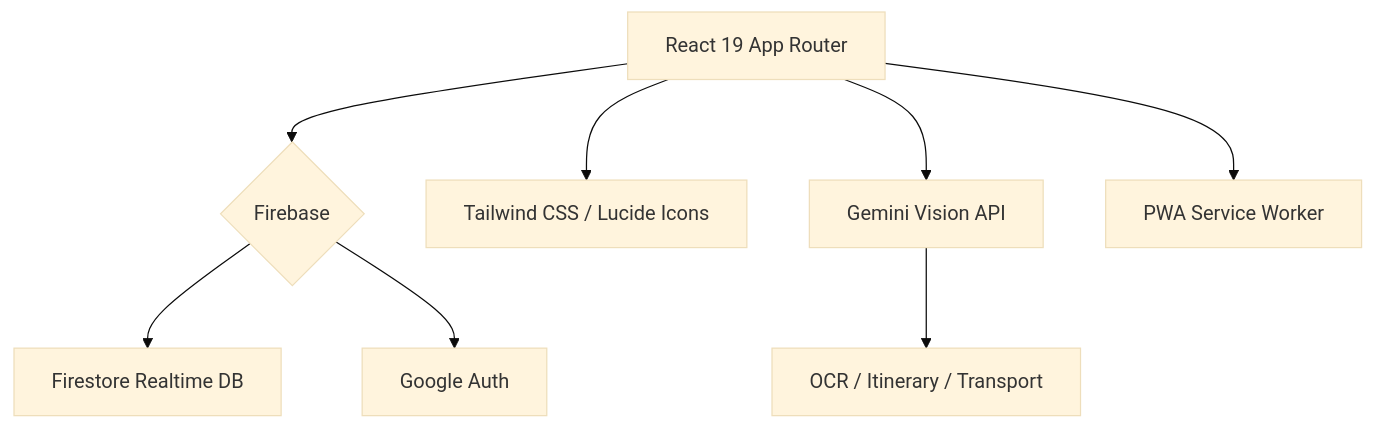
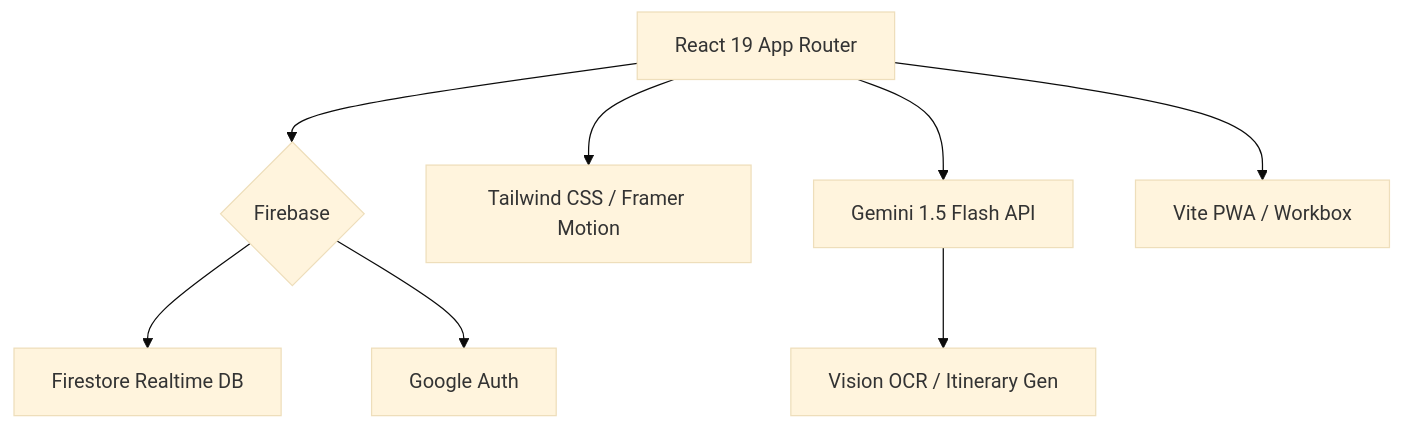
One commit to JackoV416/travelTogether2 changed the diagram in README.md. Above: the diagram before and after it, drawn with Mermaid (base theme). The commit also changed other lines of this file and 10 other files, not shown here.

````diff
--- a/README.md
+++ b/README.md
@@ -89,10 +50,10 @@
 ```mermaid
 graph TD
     A[React 19 App Router] --> B{Firebase}
     B --> C[Firestore Realtime DB]
     B --> D[Google Auth]
-    A --> E[Tailwind CSS / Lucide Icons]
-    A --> F[Gemini Vision API]
-    F --> G[OCR / Itinerary / Transport]
-    A --> H[PWA Service Worker]
+    A --> E[Tailwind CSS / Framer Motion]
+    A --> F[Gemini 1.5 Flash API]
+    F --> G[Vision OCR / Itinerary Gen]
+    A --> H[Vite PWA / Workbox]
 ```
````
